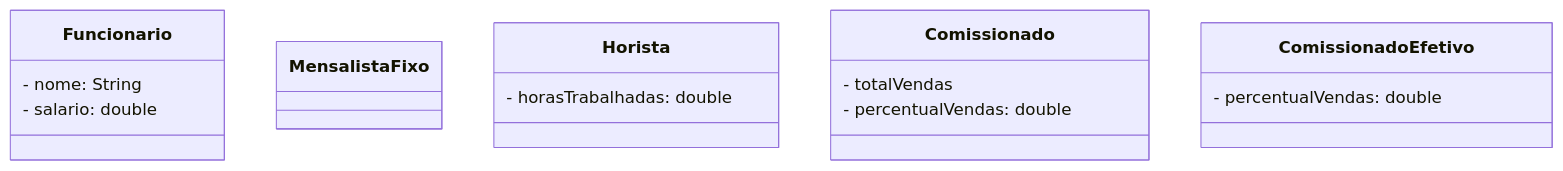
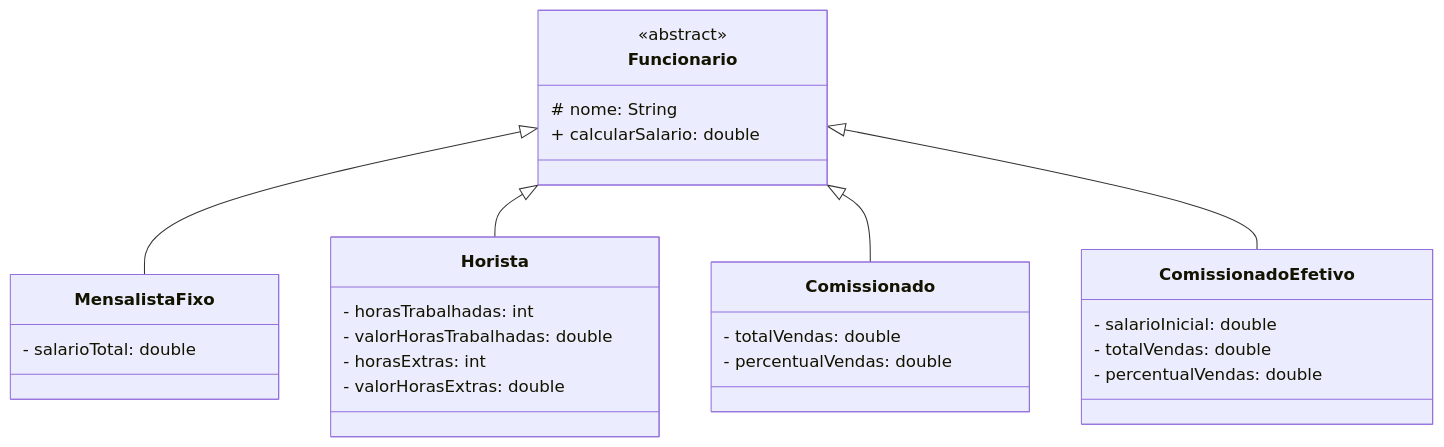
The diagram in aula/2026-11-05/Readme.md (caiowporto/POO), drawn with Mermaid before and after one commit. The commit also changed 9 other files, not shown here.

````diff
--- a/aula/2026-11-05/Readme.md
+++ b/aula/2026-11-05/Readme.md
@@ -1,25 +1,36 @@
 ```mermaid
 classDiagram
     class Funcionario{
-        - nome: String
-        - salario: double
+        <<abstract>>
+        # nome: String
+        + calcularSalario: double
     }
 
     class MensalistaFixo{
-       
+        - salarioTotal: double
     }
     
     class Horista{
-        - horasTrabalhadas: double
+        - horasTrabalhadas: int
+        - valorHorasTrabalhadas: double
+        - horasExtras: int
+        - valorHorasExtras: double
     }
 
     class Comissionado{
-        - totalVendas
+        - totalVendas: double
         - percentualVendas: double
     }
 
     class ComissionadoEfetivo{
+        - salarioInicial: double
+        - totalVendas: double
         - percentualVendas: double
     }
+    
+    Funcionario <|-- MensalistaFixo
+    Funcionario <|-- Horista
+    Funcionario <|-- Comissionado
+    Funcionario <|-- ComissionadoEfetivo
 
 ```
````
